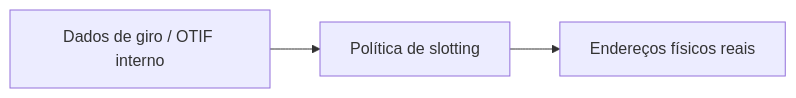
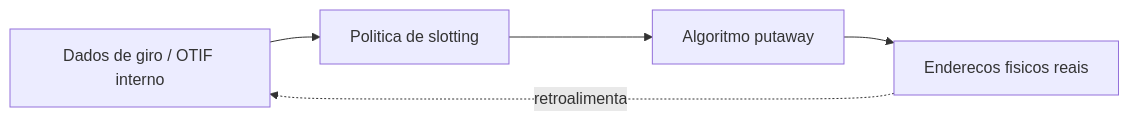
The third of 4 diagrams in aulas/trilha-tecnologia-e-sistemas/modulo-03-wms/aula-02-recebimento-putaway.md (cleberhensel/logisticon-academy), drawn with Mermaid before and after one commit. The commit also changed other lines of this file and 122 other files, not shown here.

````diff
--- a/aulas/trilha-tecnologia-e-sistemas/modulo-03-wms/aula-02-recebimento-putaway.md
+++ b/aulas/trilha-tecnologia-e-sistemas/modulo-03-wms/aula-02-recebimento-putaway.md
@@ -50,7 +125,9 @@
 ```mermaid
 flowchart LR
   D[Dados de giro / OTIF interno]
-  S[Política de slotting]
-  E[Endereços físicos reais]
-  D --> S --> E
+  S[Politica de slotting]
+  A[Algoritmo putaway]
+  E[Enderecos fisicos reais]
+  D --> S --> A --> E
+  E -. retroalimenta .-> D
 ```
````
